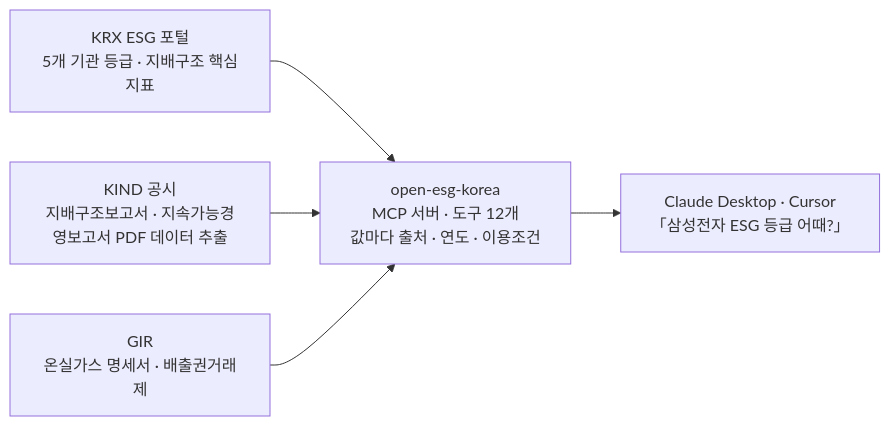
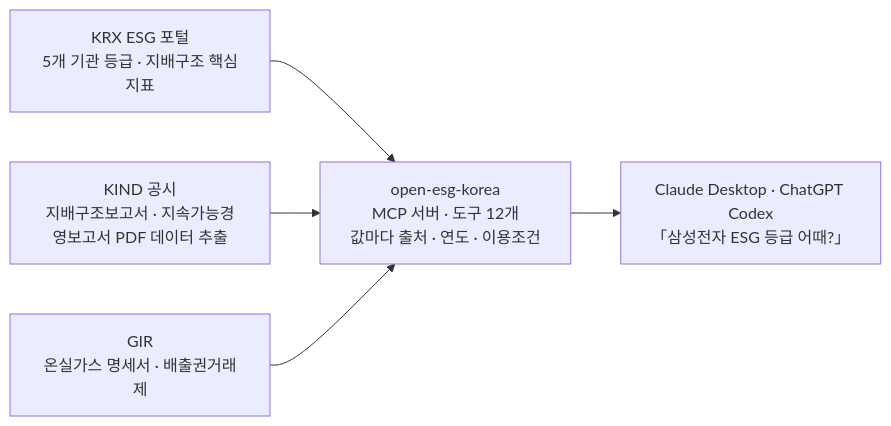
Before and after one commit to MarcoYou/open-esg-korea: the diagram in README.md, drawn with Mermaid.

````diff
--- a/README.md
+++ b/README.md
@@ -38,7 +38,7 @@
 ```mermaid
 flowchart LR
     A["KRX ESG 포털<br/>5개 기관 등급 · 지배구조 핵심지표"] --> S
     B["KIND 공시<br/>지배구조보고서 · 지속가능경영보고서 PDF 데이터 추출"] --> S
     C["GIR<br/>온실가스 명세서 · 배출권거래제"] --> S
-    S["open-esg-korea<br/>MCP 서버 · 도구 12개<br/>값마다 출처 · 연도 · 이용조건"] --> D["Claude Desktop · Cursor<br/>「삼성전자 ESG 등급 어때?」"]
+    S["open-esg-korea<br/>MCP 서버 · 도구 12개<br/>값마다 출처 · 연도 · 이용조건"] --> D["Claude Desktop · ChatGPT Codex<br/>「삼성전자 ESG 등급 어때?」"]
 ```
````
